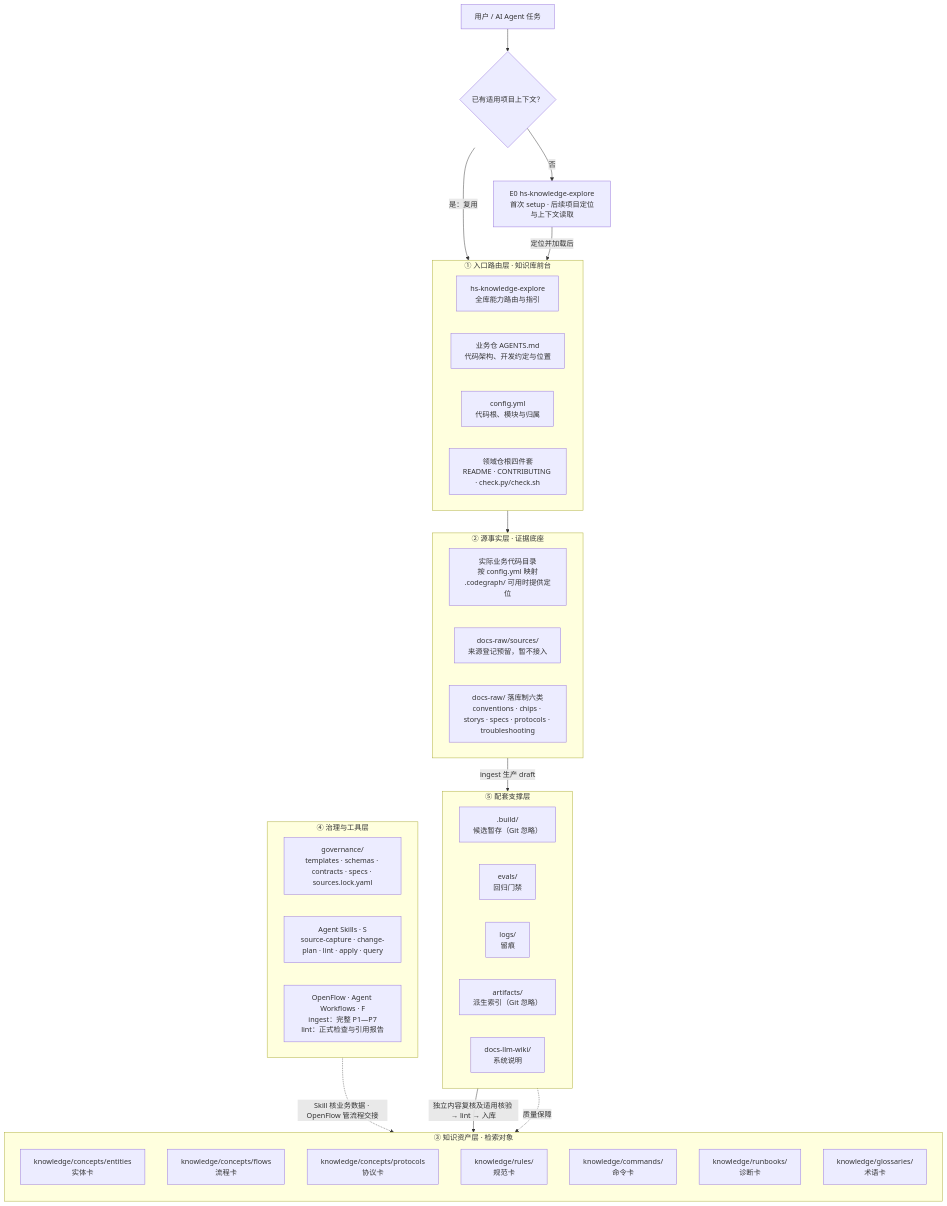
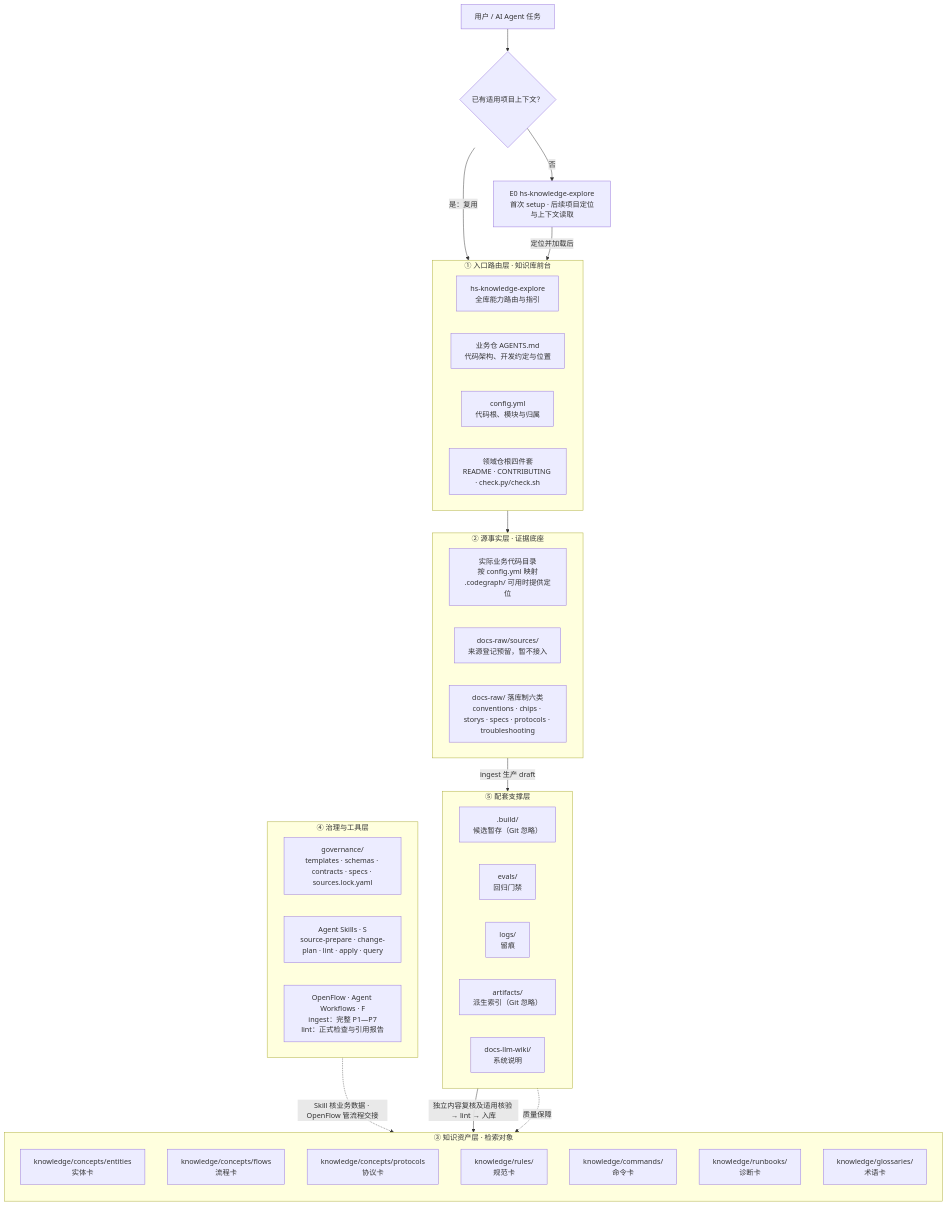
The first of 8 diagrams in himate-knowledge-wifi-mp/docs-llm-wiki/HiMate知识库架构设计.md (Robin-hhc/FactumCore), drawn with Mermaid before and after one commit. The commit also changed other lines of this file and 323 other files, not shown here.

````diff
--- a/himate-knowledge-wifi-mp/docs-llm-wiki/HiMate知识库架构设计.md
+++ b/himate-knowledge-wifi-mp/docs-llm-wiki/HiMate知识库架构设计.md
@@ -131,58 +123,58 @@
 ```mermaid
 flowchart TB
     U["用户 / AI Agent 任务"]
     C0{"已有适用项目上下文？"}
     E0["E0 hs-knowledge-explore<br />首次 setup · 后续项目定位与上下文读取"]
 
     subgraph S1["① 入口路由层 · 知识库前台"]
         direction LR
         A1["hs-knowledge-explore<br />全库能力路由与指引"]
         A2["业务仓 AGENTS.md<br />代码架构、开发约定与位置"]
         A3["config.yml<br />代码根、模块与归属"]
         A4["领域仓根四件套<br />README · CONTRIBUTING · check.py/check.sh"]
     end
 
     subgraph S2["② 源事实层 · 证据底座"]
         direction LR
         B1["实际业务代码目录<br />按 config.yml 映射<br />.codegraph/ 可用时提供定位"]
         B2["docs-raw/sources/<br />来源登记预留，暂不接入"]
         B3["docs-raw/ 落库制六类<br />conventions · chips · storys · specs · protocols · troubleshooting"]
     end
 
     subgraph S3["③ 知识资产层 · 检索对象"]
         direction TB
         C1["knowledge/concepts/entities<br />实体卡"]
         C2["knowledge/concepts/flows<br />流程卡"]
         C3["knowledge/concepts/protocols<br />协议卡"]
         C4["knowledge/rules/<br />规范卡"]
         C5["knowledge/commands/<br />命令卡"]
         C6["knowledge/runbooks/<br />诊断卡"]
         C7["knowledge/glossaries/<br />术语卡"]
     end
 
     subgraph S4["④ 治理与工具层"]
         direction LR
         D1["governance/<br />templates · schemas · contracts · specs · sources.lock.yaml"]
-        D2["Agent Skills · S<br />source-capture · change-plan · lint · apply · query"]
+        D2["Agent Skills · S<br />source-prepare · change-plan · lint · apply · query"]
         D3["OpenFlow · Agent Workflows · F<br />ingest：完整 P1—P7<br />lint：正式检查与引用报告"]
     end
 
     subgraph S5["⑤ 配套支撑层"]
         direction LR
         E1[".build/<br />候选暂存（Git 忽略）"]
         E2["evals/<br />回归门禁"]
         E3["logs/<br />留痕"]
         E4["artifacts/<br />派生索引（Git 忽略）"]
         E5["docs-llm-wiki/<br />系统说明"]
     end
 
     U --> C0
     C0 -->|"是：复用"| S1
     C0 -->|"否"| E0
     E0 -->|"定位并加载后"| S1
     S1 --> S2
     S2 -->|"ingest 生产 draft"| E1
     E1 -->|"独立内容复核及适用核验 → lint → 入库"| S3
     S4 -.->|"Skill 核业务数据 · OpenFlow 管流程交接"| S3
     S5 -.->|"质量保障"| S3
 ```
````
